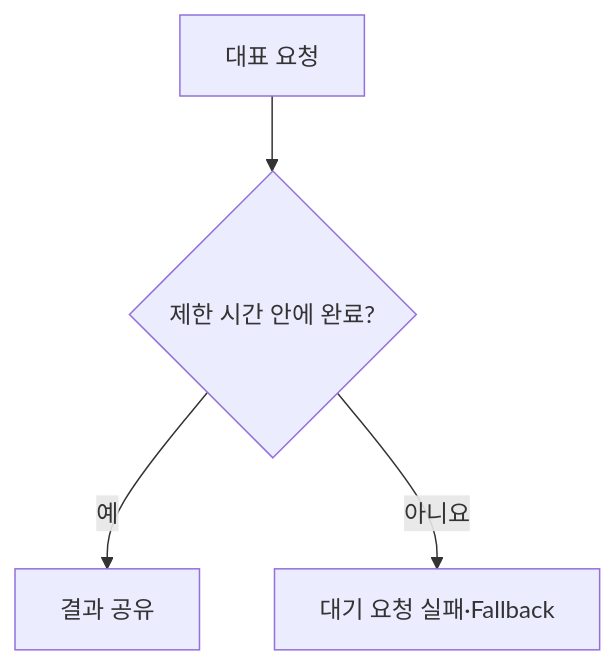
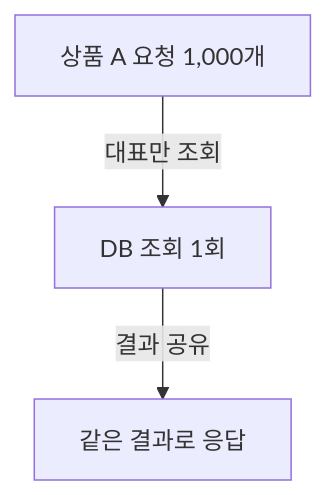
Before and after one commit to jhkimm96/jihee-portfolio: the second of 2 diagrams in content/study/cs/cache-stampede-and-single-flight.mdx, drawn with Mermaid. The commit also changed other lines of this file and 3 other files, not shown here.

````diff
--- a/content/study/cs/cache-stampede-and-single-flight.mdx
+++ b/content/study/cs/cache-stampede-and-single-flight.mdx
@@ -75,6 +57,5 @@
 ```mermaid
 flowchart TD
-    leader["대표 요청"] --> timeout{"제한 시간 안에 완료?"}
-    timeout -->|예| share["결과 공유"]
-    timeout -->|아니요| fail["대기 요청 실패·Fallback"]
+    requests["상품 A 요청 1,000개"] -->|"대표만 조회"| db["DB 조회 1회"]
+    db -->|"결과 공유"| result["같은 결과로 응답"]
 ```
````
